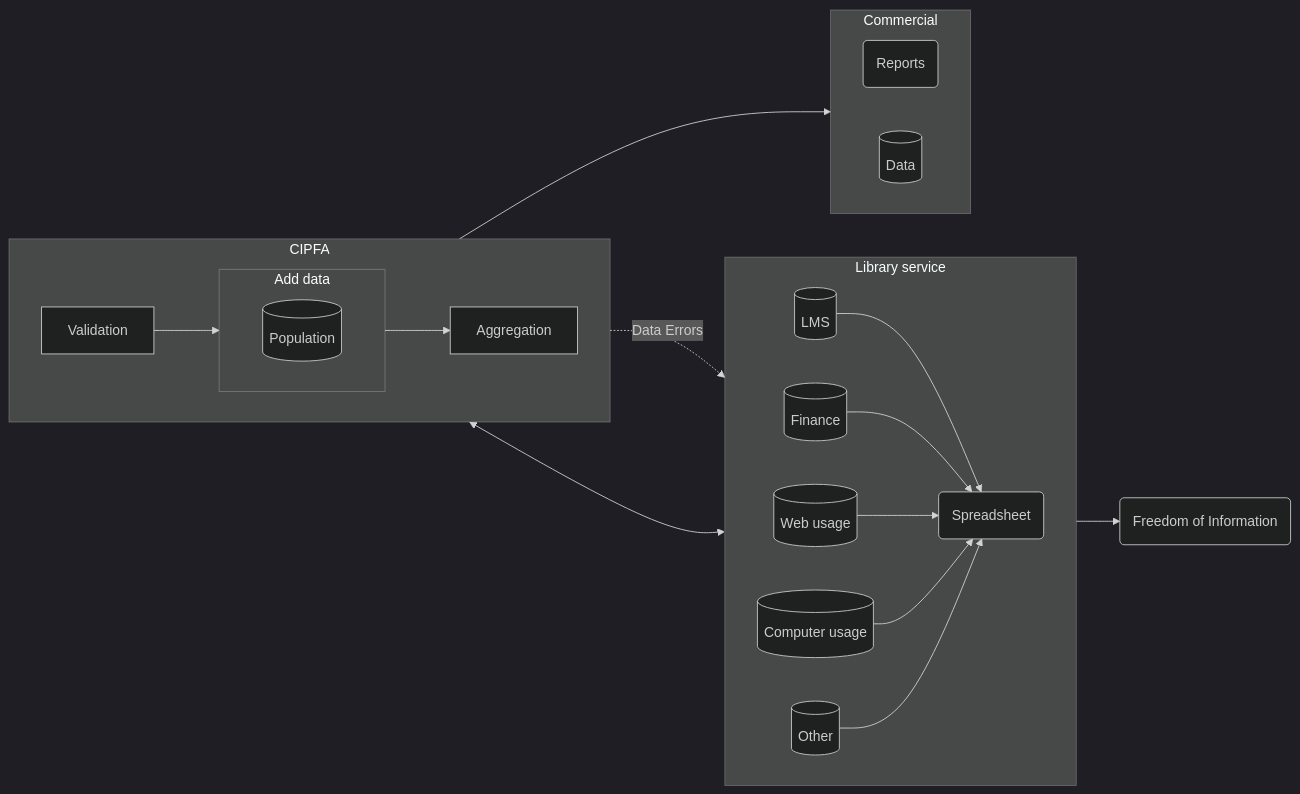
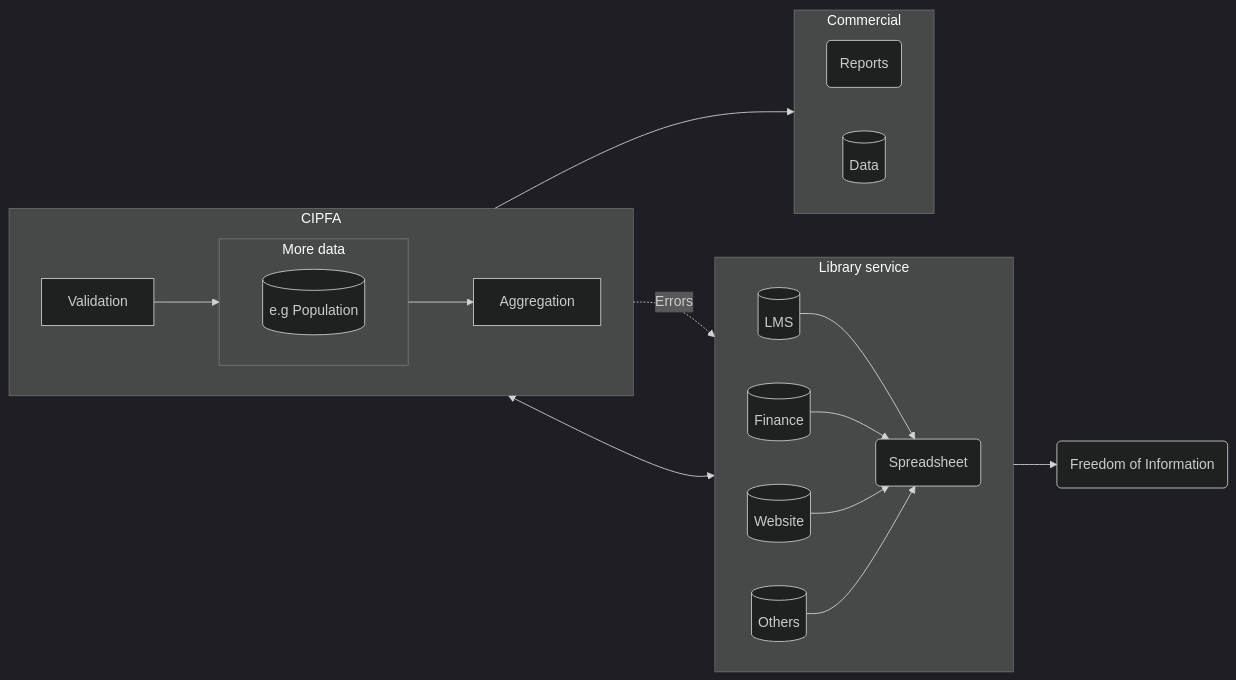
One commit to LibrariesHacked/librarieshacked.github.io changed the diagram in _posts/2021-10-25-freedom-of-information.md. Above: the diagram before and after it, drawn with Mermaid (dark theme). The commit also changed other lines of this file, not shown here.

```diff
--- a/_posts/2021-10-25-freedom-of-information.md
+++ b/_posts/2021-10-25-freedom-of-information.md
@@ -23,38 +24,36 @@
 <div class="mermaid">
     flowchart LR
         foi(Freedom of Information)
         subgraph Library service
             direction LR
             lblms[(LMS)]
             lbf[(Finance)]
-            lbw[(Web usage)]
-            lbc[(Computer usage)]
-            lbo[(Other)]
+            lbw[(Website)]
+            lbo[(Others)]
             lb1(Spreadsheet)
         end
         subgraph CIPFA
             direction LR
             id2[Validation]
-            subgraph id3 [Add data]
+            subgraph id3 [More data]
                 direction LR
-                ad1[(Population)]
+                ad1[(e.g Population)]
             end
             id4[Aggregation]
         end
         subgraph cs [Commercial]
             direction LR
             srp(Reports)
             data[(Data)]
         end
         lblms --> lb1
         lbf --> lb1
         lbw --> lb1
-        lbc --> lb1
         lbo --> lb1
         lb1 <--> id2
-        id2 -. Data Errors .-> lb1
+        id2 -. Errors .-> lb1
         id2 --> id3
         id3 --> id4
         id4 --> cs
         lb1 --> foi
 </div>
```
